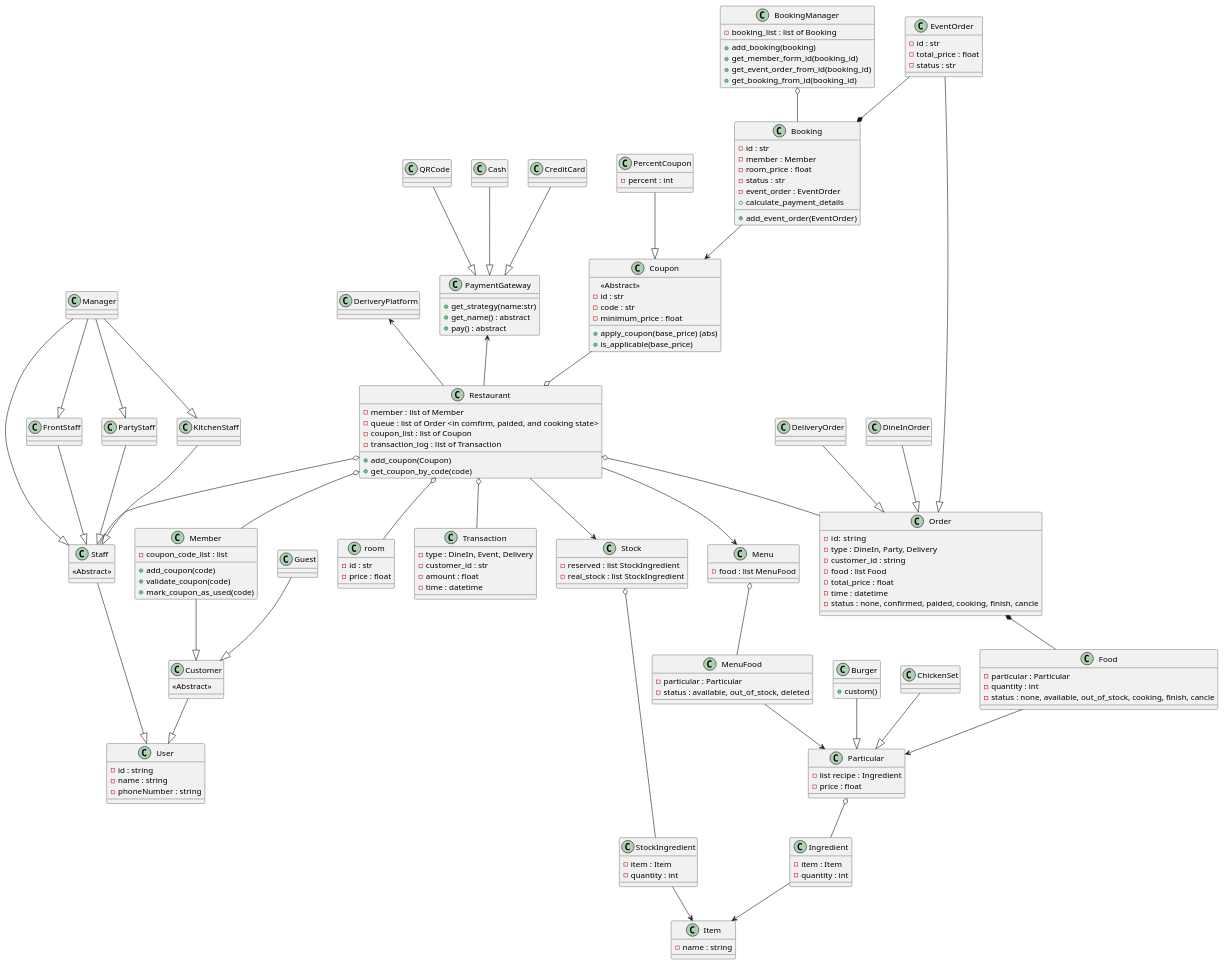
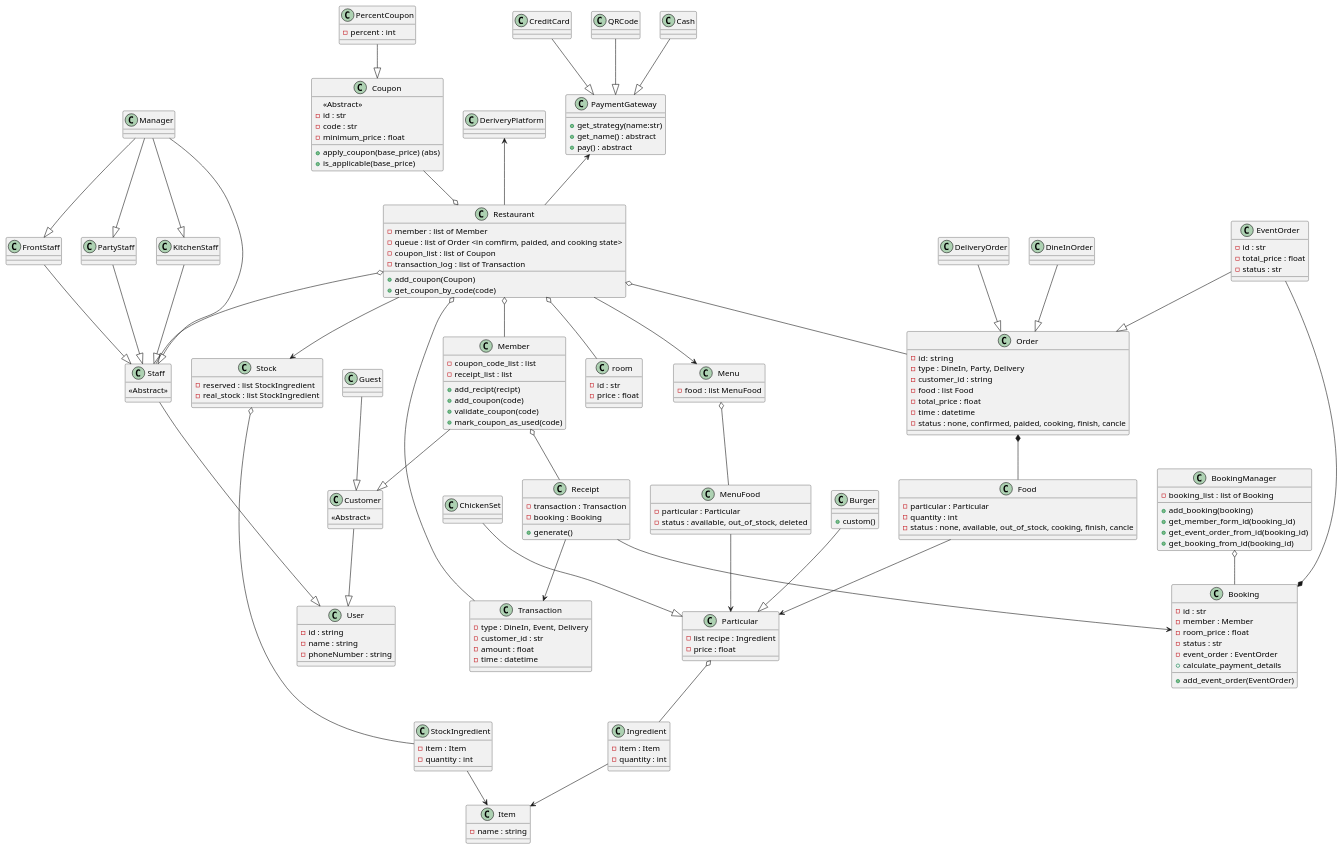
The diagram in shared/doc/class_diagram.puml (twrrippy/knight-chicken-oop), drawn with PlantUML before and after one commit.

Commit message:
Enhance Member class with receipt management; add Receipt class and update relationships

```diff
--- a/shared/doc/class_diagram.puml
+++ b/shared/doc/class_diagram.puml
@@ -26,6 +26,8 @@
 }
 class Member{
     - coupon_code_list : list
+    - receipt_list : list
+    + add_recipt(recipt)
     + add_coupon(code)
     + validate_coupon(code)
     + mark_coupon_as_used(code)
@@ -136,7 +138,6 @@
 }
 
 BookingManager o-- Booking
-Booking --> Coupon
 PercentCoupon --|> Coupon
 EventOrder --* Booking
 
@@ -199,6 +200,16 @@
     
 }
 
+Member o-- Receipt
+Receipt --> Transaction
+Receipt --> Booking
+class Receipt{
+    - transaction : Transaction
+    - booking : Booking
+    + generate()
+    
+}
+
 Restaurant o-- Transaction
 class Transaction{
     - type : DineIn, Event, Delivery
```
